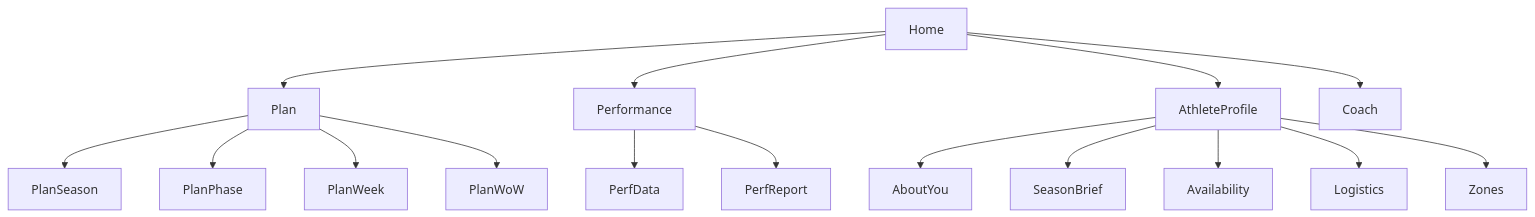
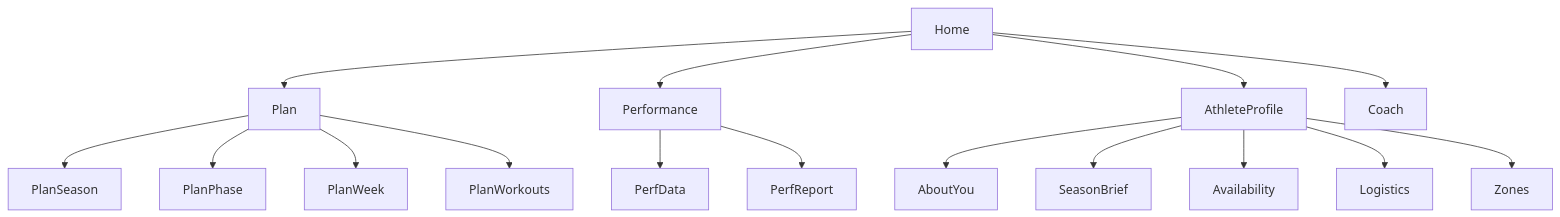
The first of 2 diagrams in doc/ui_system_overview.md (albauer-priv/RPS), drawn with Mermaid before and after one commit. The commit also changed other lines of this file and 9 other files, not shown here.

````diff
--- a/doc/ui_system_overview.md
+++ b/doc/ui_system_overview.md
@@ -87,21 +87,21 @@
 ```mermaid
 flowchart TB
   Home --> Plan
   Home --> Performance
   Home --> AthleteProfile
   Home --> Coach
 
   Plan --> PlanSeason
   Plan --> PlanPhase
   Plan --> PlanWeek
-  Plan --> PlanWoW
+  Plan --> PlanWorkouts
 
   Performance --> PerfData
   Performance --> PerfReport
 
   AthleteProfile --> AboutYou
   AthleteProfile --> SeasonBrief
   AthleteProfile --> Availability
   AthleteProfile --> Logistics
   AthleteProfile --> Zones
 ```
````
